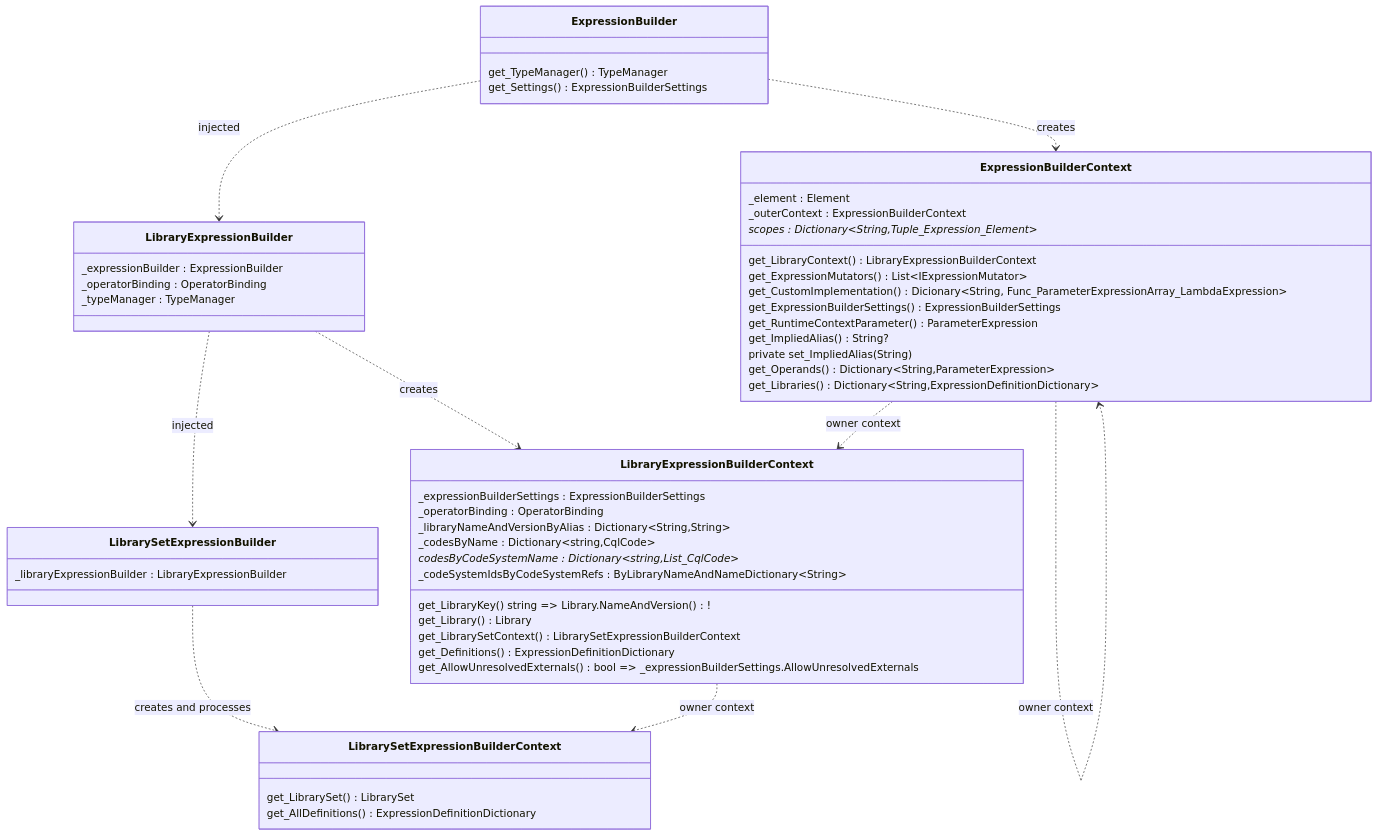
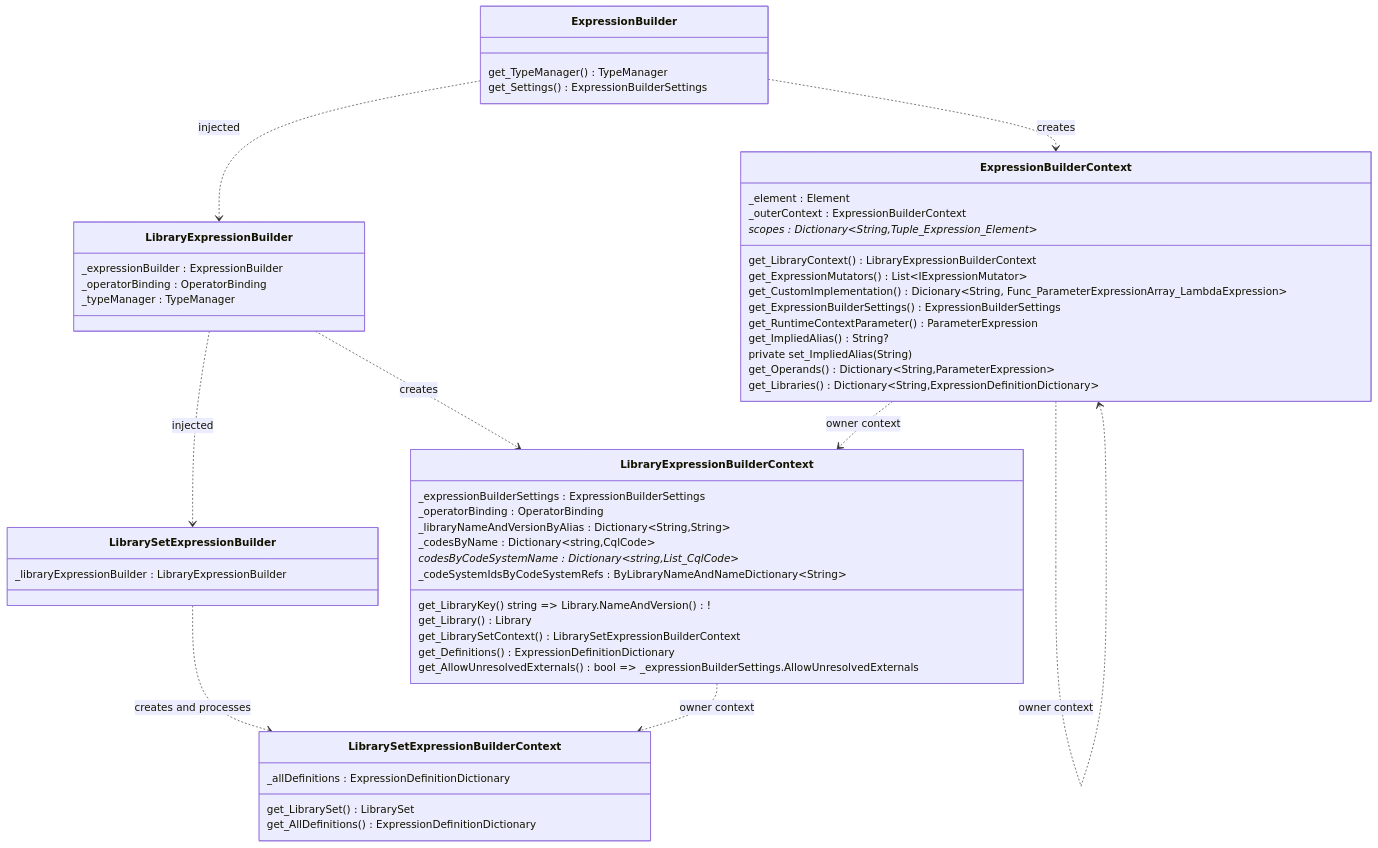
One commit to FirelyTeam/firely-cql-sdk changed the first of 2 diagrams in docs/packager-cli-dependency-graph.md. Above: the diagram before and after it, drawn with Mermaid.

Commit message:
Update diagram

````diff
--- a/docs/packager-cli-dependency-graph.md
+++ b/docs/packager-cli-dependency-graph.md
@@ -4,68 +4,70 @@
 ```mermaid
 classDiagram
     direction TD
 
     class LibrarySetExpressionBuilder {
        _libraryExpressionBuilder : LibraryExpressionBuilder
     }
 
     class LibrarySetExpressionBuilderContext {
+       _allDefinitions : ExpressionDefinitionDictionary
+
        get_LibrarySet() LibrarySet
        get_AllDefinitions() ExpressionDefinitionDictionary
     }
 
     class LibraryExpressionBuilder {
        _expressionBuilder : ExpressionBuilder
        _operatorBinding : OperatorBinding
        _typeManager : TypeManager
     }
 
     class LibraryExpressionBuilderContext {
        _expressionBuilderSettings : ExpressionBuilderSettings
        _operatorBinding : OperatorBinding
        _libraryNameAndVersionByAlias : Dictionary~String,String~
        _codesByName : Dictionary~string,CqlCode~
        _codesByCodeSystemName : Dictionary~string,List_CqlCode_~
        _codeSystemIdsByCodeSystemRefs : ByLibraryNameAndNameDictionary~String~
 
        get_LibraryKey() string => Library.NameAndVersion()!
        get_Library() Library
        get_LibrarySetContext() LibrarySetExpressionBuilderContext
        get_Definitions() ExpressionDefinitionDictionary
        get_AllowUnresolvedExternals() bool => _expressionBuilderSettings.AllowUnresolvedExternals
     }
 
     class ExpressionBuilder {
         get_TypeManager() TypeManager
         get_Settings() ExpressionBuilderSettings
     }
     
 
     class ExpressionBuilderContext {
         _element : Element
         _outerContext : ExpressionBuilderContext
         _scopes : Dictionary~String,Tuple_Expression_Element_~
 
         get_LibraryContext() LibraryExpressionBuilderContext
         get_ExpressionMutators() List~IExpressionMutator~
         get_CustomImplementation() Dicionary~String, Func_ParameterExpressionArray_LambdaExpression~
         get_ExpressionBuilderSettings() ExpressionBuilderSettings
         get_RuntimeContextParameter() ParameterExpression
         get_ImpliedAlias() String?
         private set_ImpliedAlias(String)
         get_Operands() Dictionary~String,ParameterExpression~
         get_Libraries() Dictionary~String,ExpressionDefinitionDictionary~
 
     }
 
     LibrarySetExpressionBuilder ..> LibrarySetExpressionBuilderContext : creates and processes
     LibraryExpressionBuilder ..> LibraryExpressionBuilderContext : creates
     ExpressionBuilder ..> ExpressionBuilderContext : creates
 
     ExpressionBuilder ..> LibraryExpressionBuilder : injected
     LibraryExpressionBuilder ..> LibrarySetExpressionBuilder : injected
 
     ExpressionBuilderContext ..> LibraryExpressionBuilderContext : owner context
     ExpressionBuilderContext ..> ExpressionBuilderContext : owner context
     LibraryExpressionBuilderContext ..> LibrarySetExpressionBuilderContext : owner context
 ```
````
